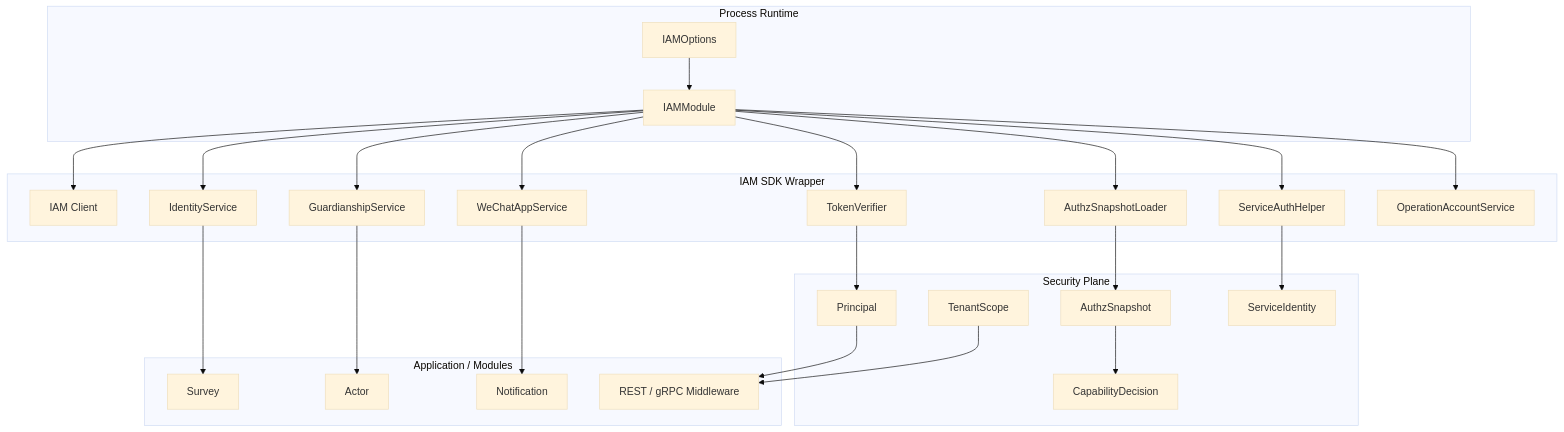
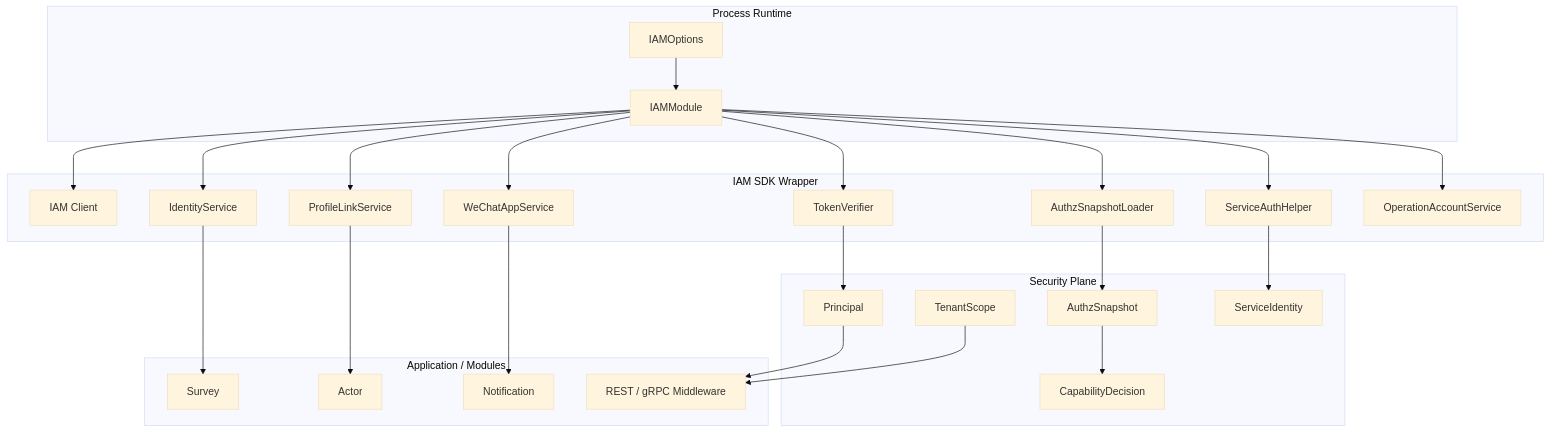
The diagram in docs/05-专题分析/06-IAM嵌入式SDK边界分析.md (FangcunMount/qs-server), drawn with Mermaid (base theme) before and after one commit. The commit also changed other lines of this file and 26 other files, not shown here.

Commit message:
pref ProfileLink 概念替代 Guardianship 概念

````diff
--- a/docs/05-专题分析/06-IAM嵌入式SDK边界分析.md
+++ b/docs/05-专题分析/06-IAM嵌入式SDK边界分析.md
@@ -67,52 +67,52 @@
 ```mermaid
 flowchart TB
     subgraph Runtime["Process Runtime"]
         opts["IAMOptions"]
         module["IAMModule"]
     end
 
     subgraph Infra["IAM SDK Wrapper"]
         client["IAM Client"]
         verifier["TokenVerifier"]
         svcAuth["ServiceAuthHelper"]
         identity["IdentityService"]
-        guardianship["GuardianshipService"]
+        guardianship["ProfileLinkService"]
         authz["AuthzSnapshotLoader"]
         wechat["WeChatAppService"]
         operation["OperationAccountService"]
     end
 
     subgraph Security["Security Plane"]
         principal["Principal"]
         scope["TenantScope"]
         snapshot["AuthzSnapshot"]
         decision["CapabilityDecision"]
         serviceId["ServiceIdentity"]
     end
 
     subgraph App["Application / Modules"]
         survey["Survey"]
         actor["Actor"]
         notification["Notification"]
         routes["REST / gRPC Middleware"]
     end
 
     opts --> module
     module --> client
     module --> verifier
     module --> svcAuth
     module --> identity
     module --> guardianship
     module --> authz
     module --> wechat
     module --> operation
 
     verifier --> principal
     authz --> snapshot --> decision
     svcAuth --> serviceId
     identity --> survey
     guardianship --> actor
     wechat --> notification
     principal --> routes
     scope --> routes
 ```
````
